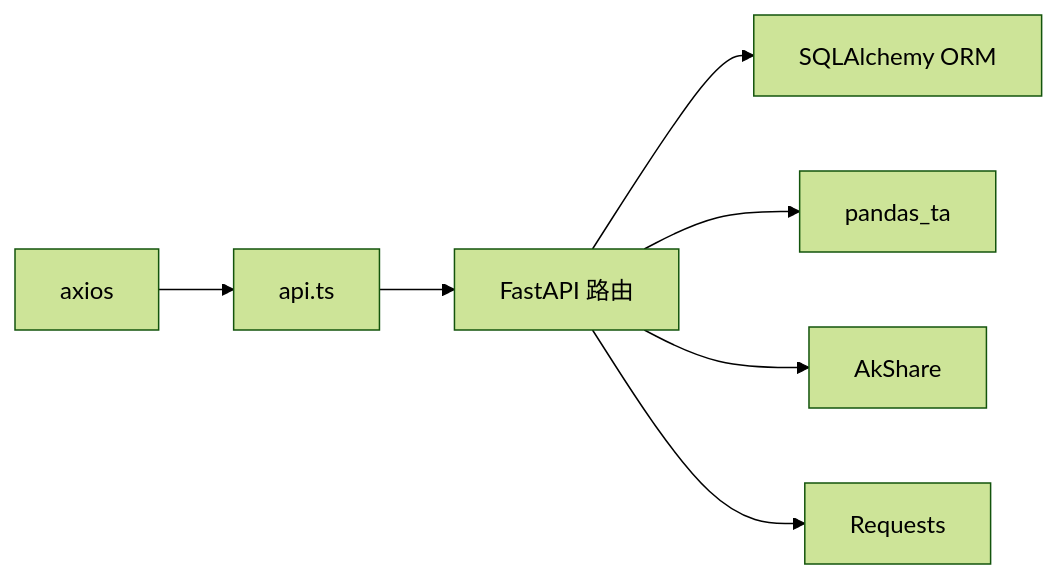
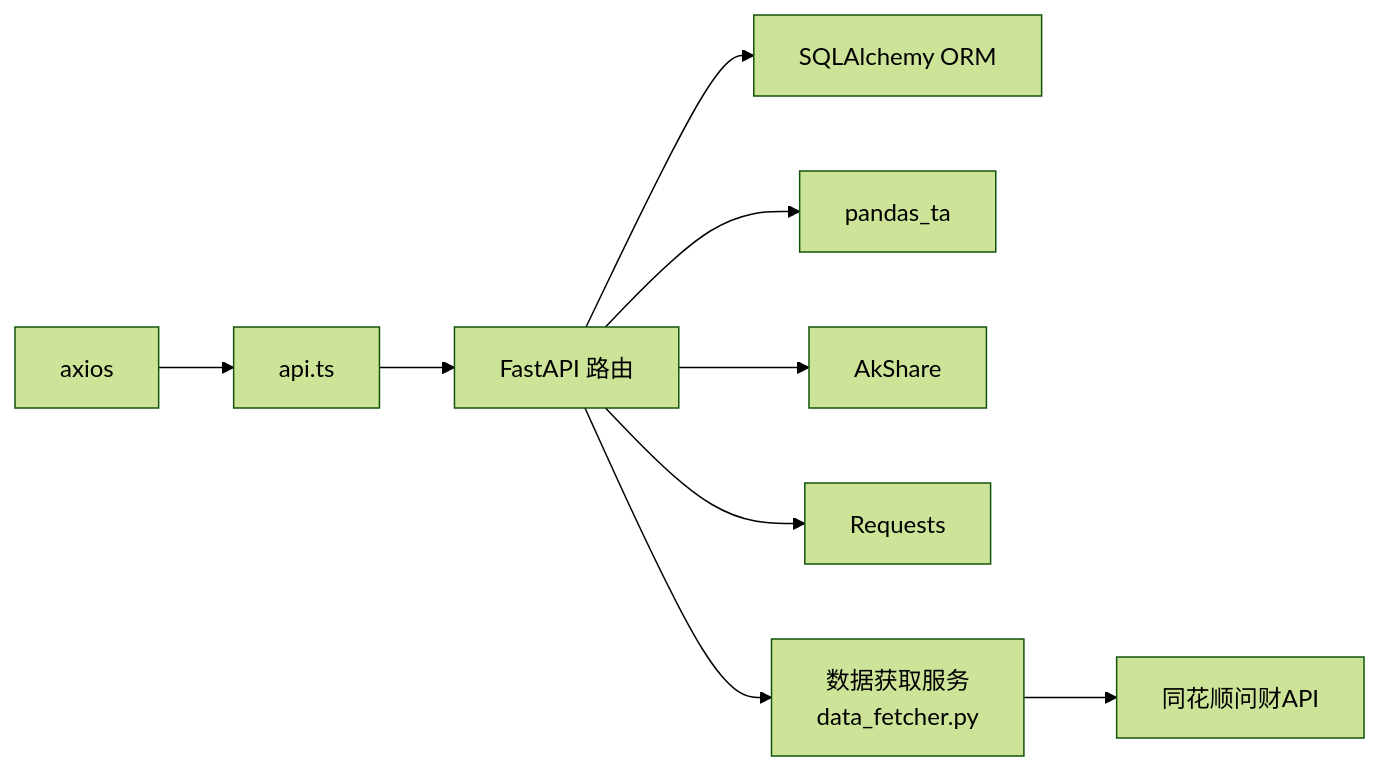
Before and after one commit to Moruime/stock_foker: the fifth of 5 diagrams in .qoder/repowiki/zh/content/前端组件/服务层.md, drawn with Mermaid (forest theme). The commit also changed other lines of this file and 37 other files, not shown here.

````diff
--- a/.qoder/repowiki/zh/content/前端组件/服务层.md
+++ b/.qoder/repowiki/zh/content/前端组件/服务层.md
@@ -262,9 +313,11 @@
 ```mermaid
 graph LR
 Axios["axios"] --> FE_API["api.ts"]
 FE_API --> FastAPI["FastAPI 路由"]
 FastAPI --> SQLAlchemy["SQLAlchemy ORM"]
 FastAPI --> PandasTA["pandas_ta"]
 FastAPI --> AkShare["AkShare"]
 FastAPI --> Requests["Requests"]
+FastAPI --> DataFetcher["数据获取服务<br/>data_fetcher.py"]
+DataFetcher --> ExternalAPI["同花顺问财API"]
 ```
````
